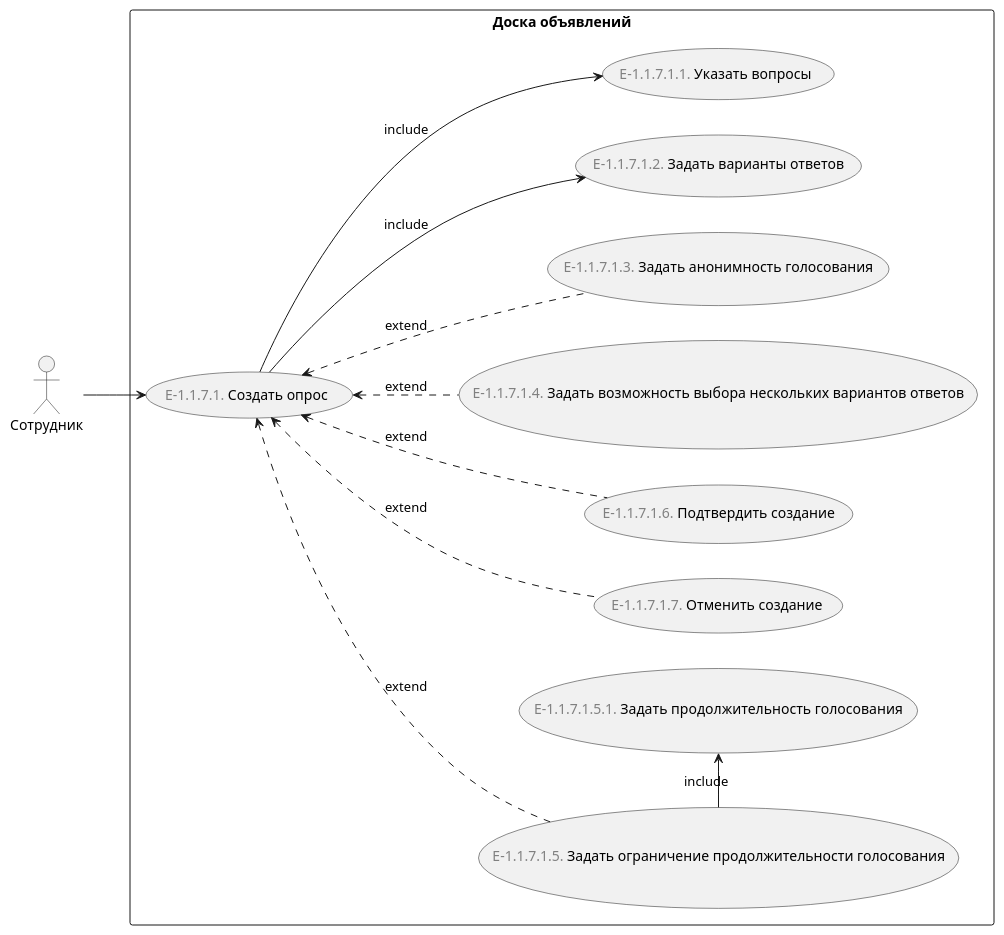
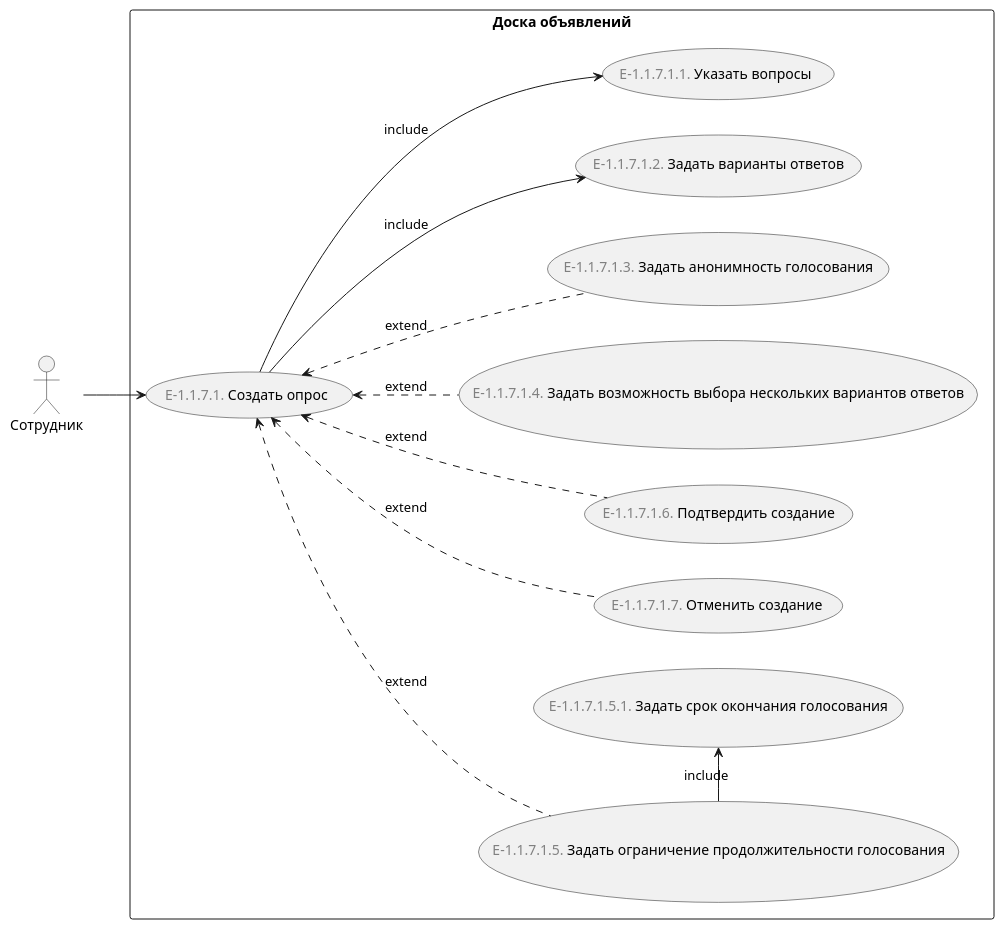
Before and after one commit to astu-app/ASTU-Bulletin-Board-Server: the diagram in doc/Диаграммы/use case/create_survey.puml, drawn with PlantUML. The commit also changed 1 other file, not shown here.

```diff
--- a/doc/Диаграммы/use case/create_survey.puml
+++ b/doc/Диаграммы/use case/create_survey.puml
@@ -1,25 +1,26 @@
 @startuml
 'https://plantuml.com/use-case-diagram
 
 left to right direction
 
 :Сотрудник: as employee
 
 rectangle "Доска объявлений" {
     (<font color="gray">E-1.1.7.1.</font> Создать опрос) as create_survey
+    (<font color="gray">E-1.1.7.1.5.</font> Задать ограничение продолжительности голосования) as make_voting_duration_limited
 
     employee --> create_survey 
     
     create_survey <.. (<font color="gray">E-1.1.7.1.7.</font> Отменить создание) : extend
     create_survey <.. (<font color="gray">E-1.1.7.1.6.</font> Подтвердить создание) : extend
     
-    create_survey <.. (<font color="gray">E-1.1.7.1.5.</font> Задать ограничение продолжительности голосования) : extend 
+    create_survey <.. make_voting_duration_limited : extend 
     create_survey <.. (<font color="gray">E-1.1.7.1.4.</font> Задать возможность выбора нескольких вариантов ответов) : extend
     create_survey <.. (<font color="gray">E-1.1.7.1.3.</font> Задать анонимность голосования) : extend
     create_survey --> (<font color="gray">E-1.1.7.1.2.</font> Задать варианты ответов) : include
     create_survey --> (<font color="gray">E-1.1.7.1.1.</font> Указать вопросы) : include
     
-    (<font color="gray">E-1.1.7.1.5.</font> Задать ограничение продолжительности голосования) -right-> (<font color="gray">E-1.1.7.1.5.1.</font> Задать продолжительность голосования) : include
+    make_voting_duration_limited -right-> (<font color="gray">E-1.1.7.1.5.1.</font> Задать срок окончания голосования) : include
 }
 
 @enduml
```
